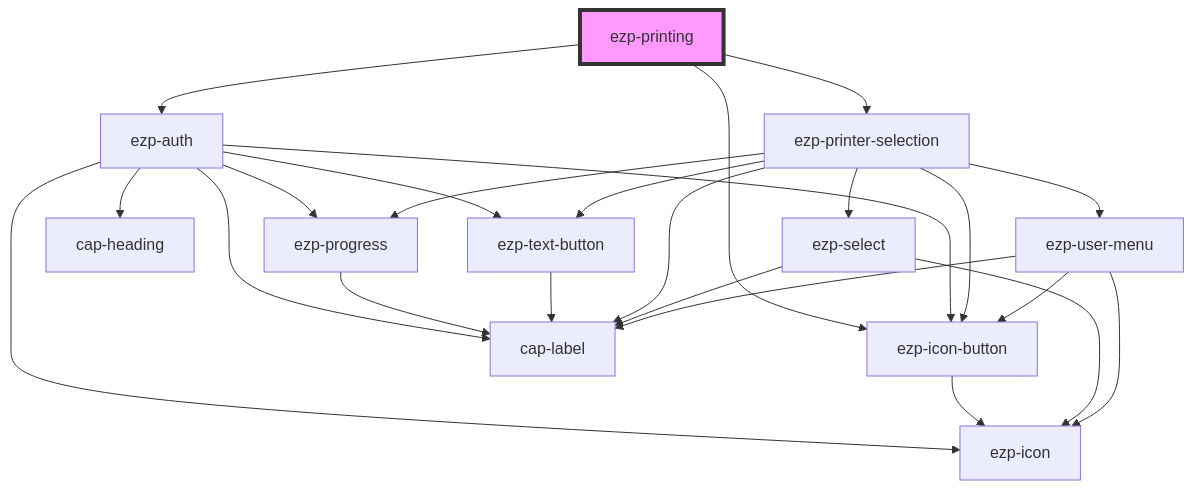
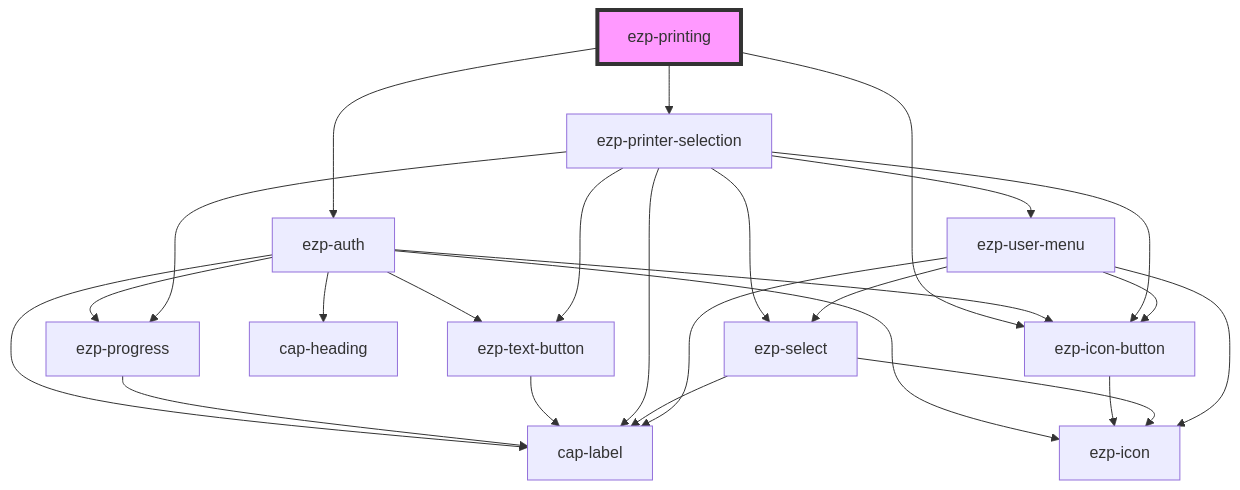
The diagram in src/components/ezp-printing/readme.md (ezeep/ezeep-js), drawn with Mermaid before and after one commit. The commit also changed 11 other files, not shown here.

````diff
--- a/src/components/ezp-printing/readme.md
+++ b/src/components/ezp-printing/readme.md
@@ -39,27 +39,28 @@
 ```mermaid
 graph TD;
   ezp-printing --> ezp-auth
   ezp-printing --> ezp-printer-selection
   ezp-printing --> ezp-icon-button
   ezp-auth --> ezp-progress
   ezp-auth --> ezp-icon-button
   ezp-auth --> ezp-icon
   ezp-auth --> cap-heading
   ezp-auth --> cap-label
   ezp-auth --> ezp-text-button
   ezp-progress --> cap-label
   ezp-icon-button --> ezp-icon
   ezp-text-button --> cap-label
   ezp-printer-selection --> ezp-progress
   ezp-printer-selection --> cap-label
   ezp-printer-selection --> ezp-icon-button
   ezp-printer-selection --> ezp-select
   ezp-printer-selection --> ezp-text-button
   ezp-printer-selection --> ezp-user-menu
   ezp-select --> ezp-icon
   ezp-select --> cap-label
   ezp-user-menu --> cap-label
   ezp-user-menu --> ezp-icon-button
+  ezp-user-menu --> ezp-select
   ezp-user-menu --> ezp-icon
   style ezp-printing fill:#f9f,stroke:#333,stroke-width:4px
 ```
````
